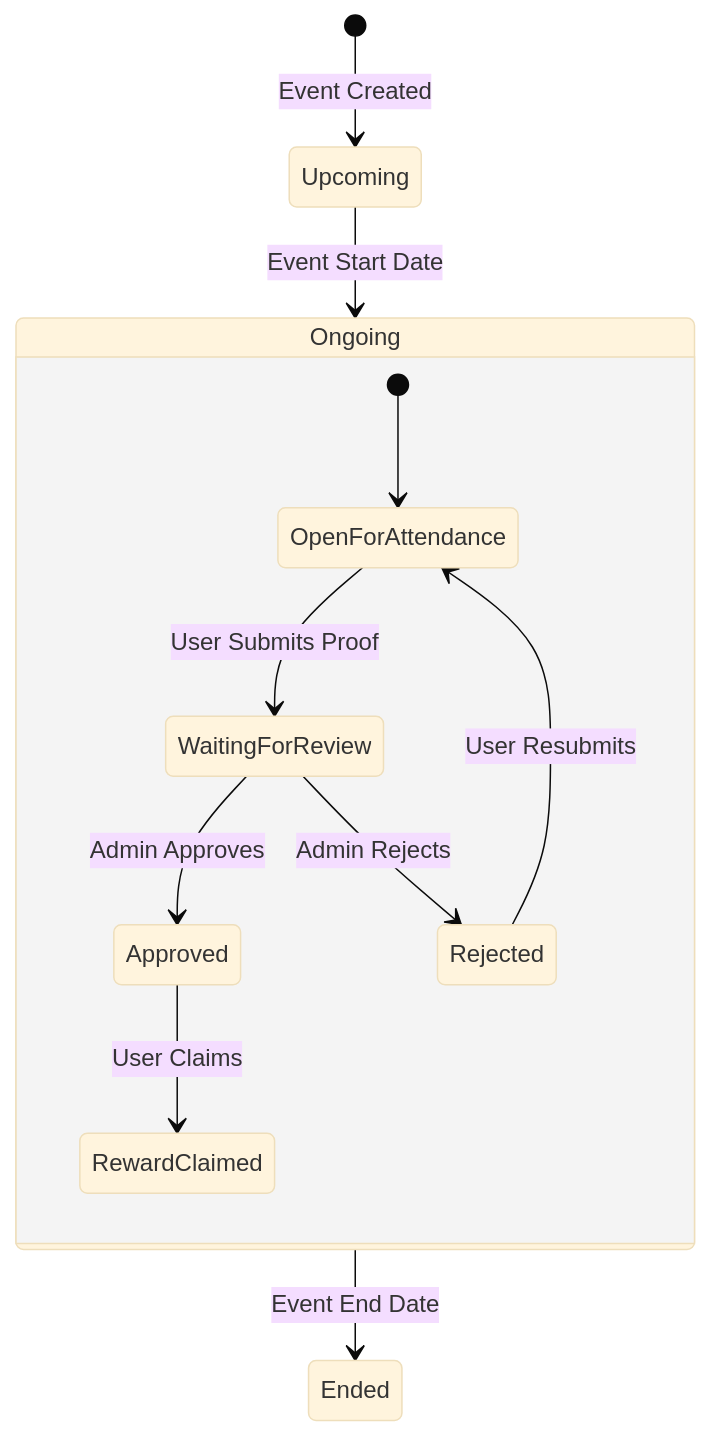
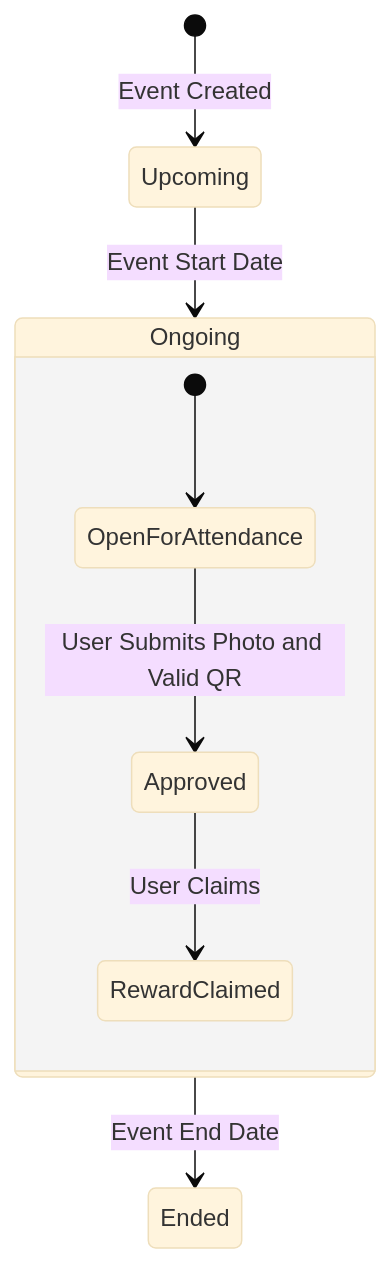
One commit to Lanczu1/Ecobud changed the third of 4 diagrams in docs/eco-events-flowchart.md. Above: the diagram before and after it, drawn with Mermaid (base theme). The commit also changed other lines of this file and 13 other files, not shown here.

````diff
--- a/docs/eco-events-flowchart.md
+++ b/docs/eco-events-flowchart.md
@@ -51,15 +48,12 @@
 ```mermaid
 stateDiagram-v2
     [*] --> Upcoming : Event Created
     Upcoming --> Ongoing : Event Start Date
     Ongoing --> Ended : Event End Date
 
     state Ongoing {
         [*] --> OpenForAttendance
-        OpenForAttendance --> WaitingForReview : User Submits Proof
-        WaitingForReview --> Approved : Admin Approves
-        WaitingForReview --> Rejected : Admin Rejects
-        Rejected --> OpenForAttendance : User Resubmits
+        OpenForAttendance --> Approved : User Submits Photo and Valid QR
         Approved --> RewardClaimed : User Claims
     }
 ```
````
